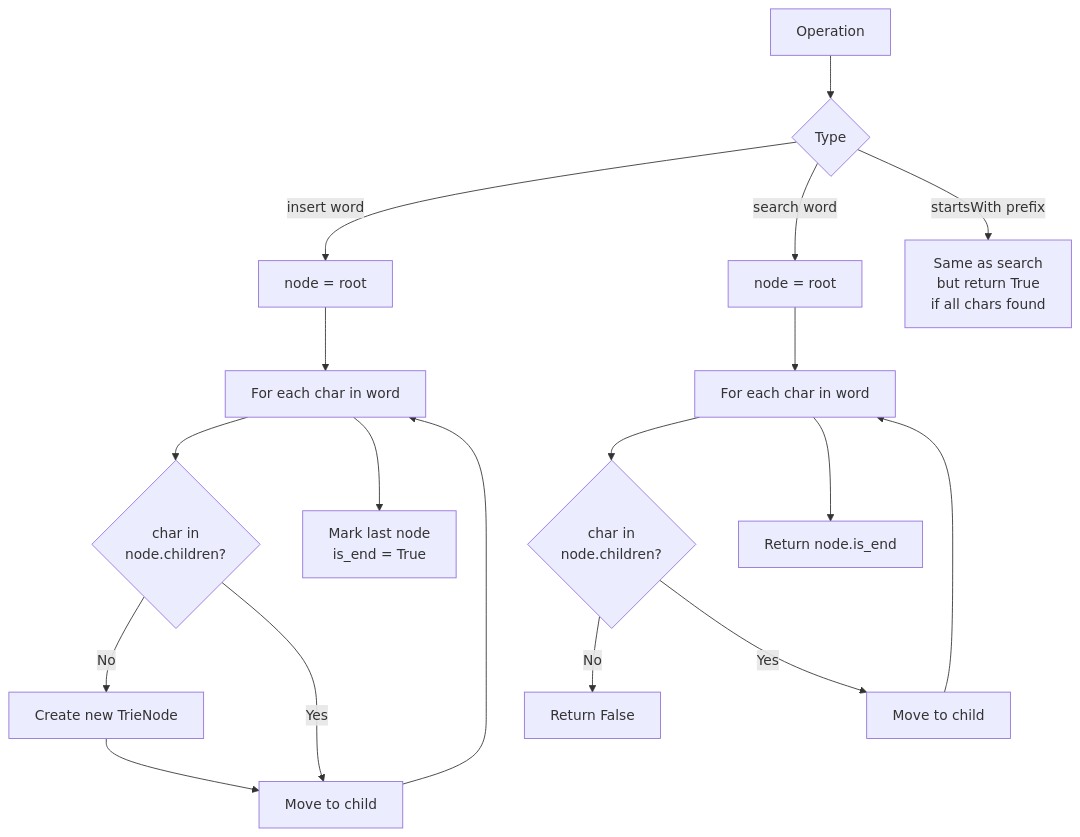
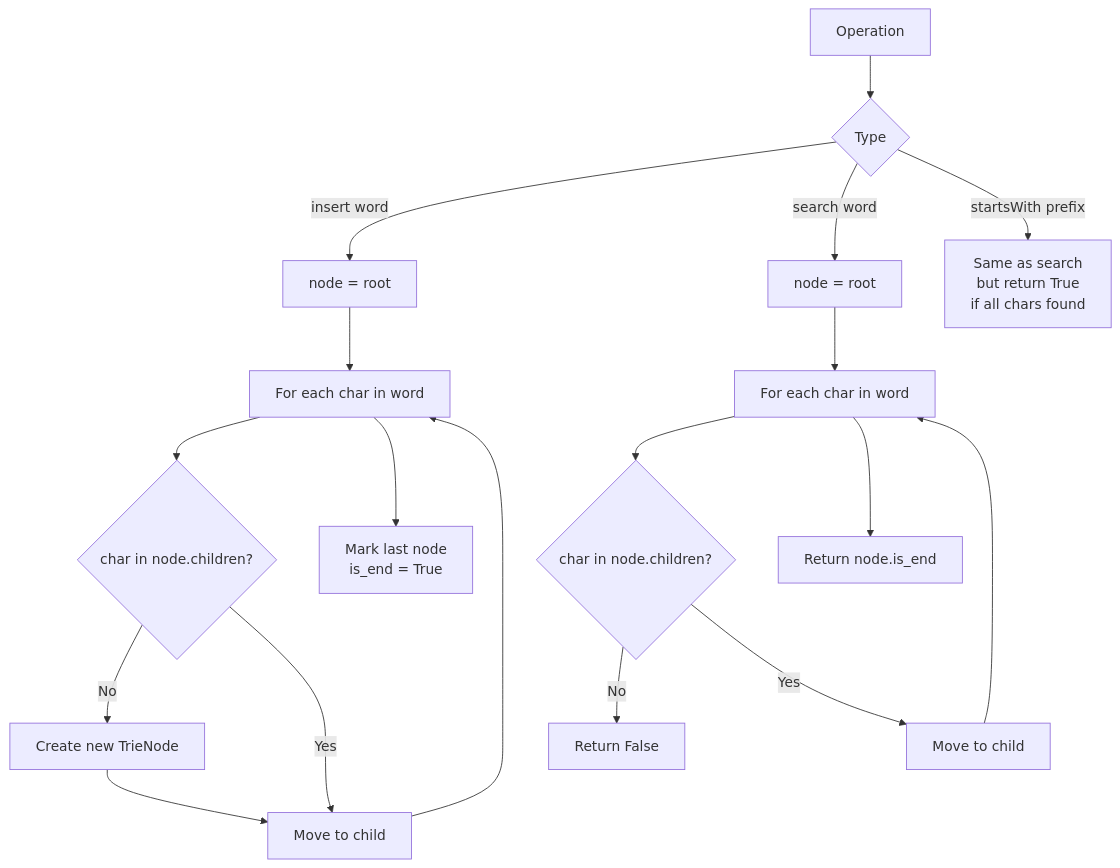
One commit to deepanshu-rawat6/AlgoAtlas changed the third of 7 diagrams in tries/README.md. Above: the diagram before and after it, drawn with Mermaid. The commit also changed other lines of this file and 43 other files, not shown here.

````diff
--- a/tries/README.md
+++ b/tries/README.md
@@ -42,20 +42,20 @@
 ```mermaid
 flowchart TD
-    A[Operation] --> B{Type}
+    A[Operation] --> B{"Type"}
     B -- insert word --> C[node = root]
     C --> D[For each char in word]
-    D --> E{char in<br>node.children?}
+    D --> E{"char in node.children?"}
     E -- No --> F[Create new TrieNode]
     E -- Yes --> G[Move to child]
     F --> G
     G --> D
     D --> H[Mark last node<br>is_end = True]
     B -- search word --> I[node = root]
     I --> J[For each char in word]
-    J --> K{char in<br>node.children?}
+    J --> K{"char in node.children?"}
     K -- No --> L[Return False]
     K -- Yes --> M[Move to child]
     M --> J
     J --> N[Return node.is_end]
     B -- startsWith prefix --> O[Same as search<br>but return True<br>if all chars found]
 ```
````
